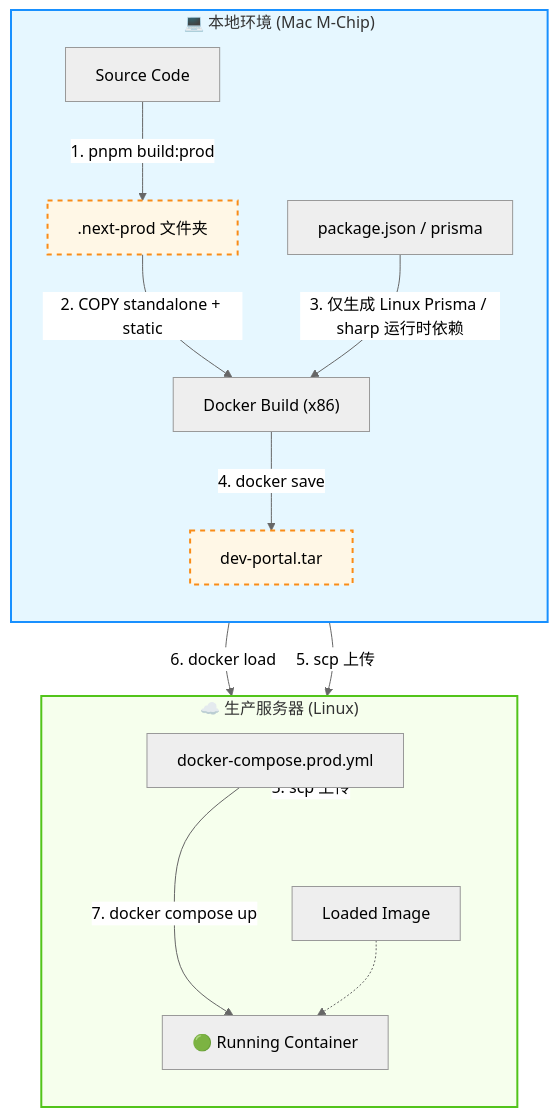
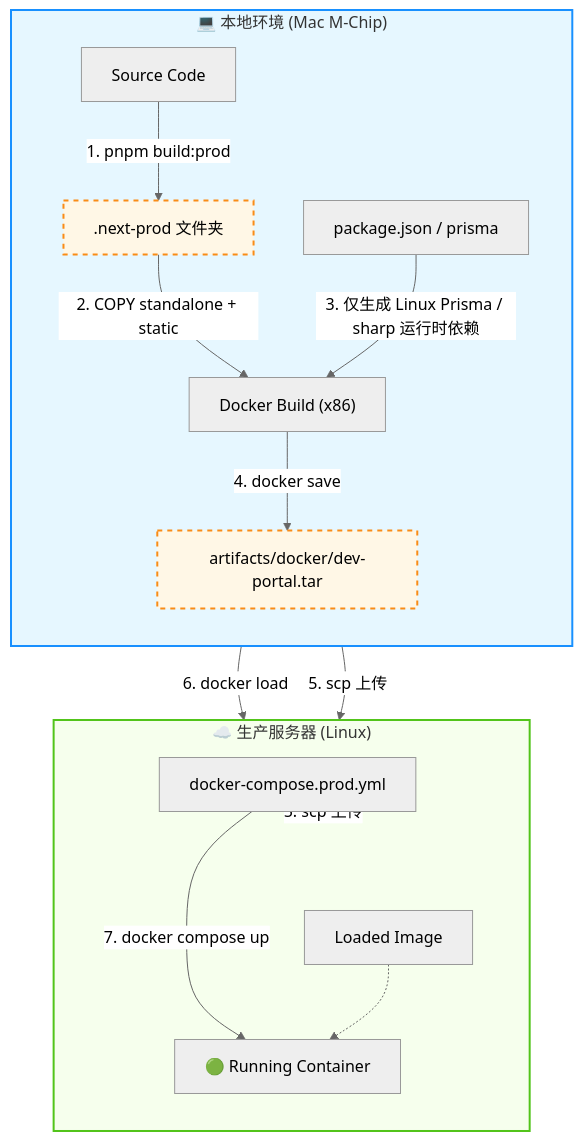
One commit to myltx/DevPortal changed the diagram in docs/guide/deploy.md. Above: the diagram before and after it, drawn with Mermaid (neutral theme). The commit also changed other lines of this file and 15 other files, not shown here.

````diff
--- a/docs/guide/deploy.md
+++ b/docs/guide/deploy.md
@@ -555,31 +556,31 @@
 ```mermaid
 graph TD
     %% Define Styles
     classDef local fill:#e6f7ff,stroke:#1890ff,stroke-width:2px;
     classDef server fill:#f6ffed,stroke:#52c41a,stroke-width:2px;
     classDef artifact fill:#fff7e6,stroke:#fa8c16,stroke-width:2px,stroke-dasharray: 5 5;
 
     subgraph Local ["💻 本地环境 (Mac M-Chip)"]
         direction TB
         Code[Source Code] --> |1. pnpm build:prod| NextDist[.next-prod 文件夹]:::artifact
         NextDist --> |2. COPY standalone + static| DockerBuild["Docker Build (x86)"]
         Pkg[package.json / prisma] --> |3. 仅生成 Linux Prisma / sharp 运行时依赖| DockerBuild
-        DockerBuild --> |4. docker save| TarFile[dev-portal.tar]:::artifact
+        DockerBuild --> |4. docker save| TarFile[artifacts/docker/dev-portal.tar]:::artifact
     end
 
     TarFile --> |5. scp 上传| ServerEnv
     Config[docker-compose.prod.yml] --> |5. scp 上传| ServerEnv
 
     subgraph ServerEnv ["☁️ 生产服务器 (Linux)"]
         direction TB
         LoadedImage[Loaded Image]
         RunningContainer[🟢 Running Container]
 
         TarFile --> |6. docker load| LoadedImage
         Config --> |7. docker compose up| RunningContainer
         LoadedImage -.-> RunningContainer
     end
 
     class Local local
     class ServerEnv server
 ```
````
